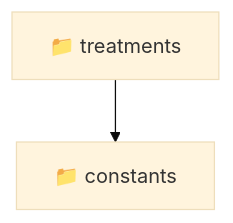
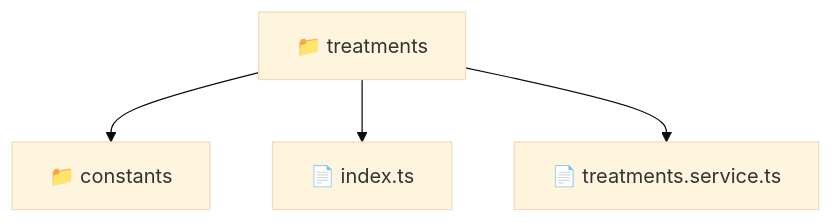
The diagram in frontend/src/entities/treatments/README.md (beginwebdev2002/fullstack-mavluda), drawn with Mermaid (base theme) before and after one commit. The commit also changed other lines of this file and 157 other files, not shown here.

First line of the commit message:
docs: generate localized readmes for architectural transparency

````diff
--- a/frontend/src/entities/treatments/README.md
+++ b/frontend/src/entities/treatments/README.md
@@ -11,5 +11,7 @@
 ```mermaid
 graph TD
   treatments["📁 treatments"]
-  treatments --> constants["📁 constants"]
+  treatments --> treatments_constants["📁 constants"]
+  treatments --> treatments_index_ts["📄 index.ts"]
+  treatments --> treatments_treatments_service_ts["📄 treatments.service.ts"]
 ```
````
